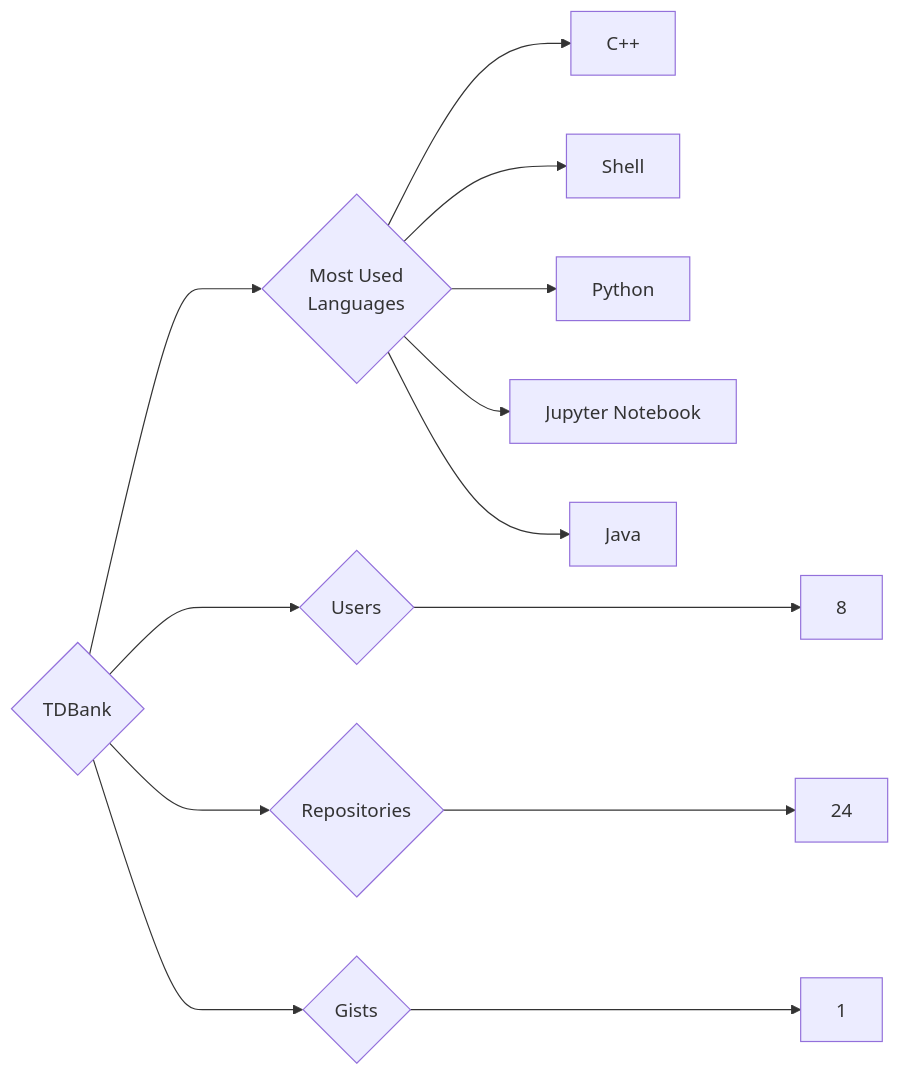
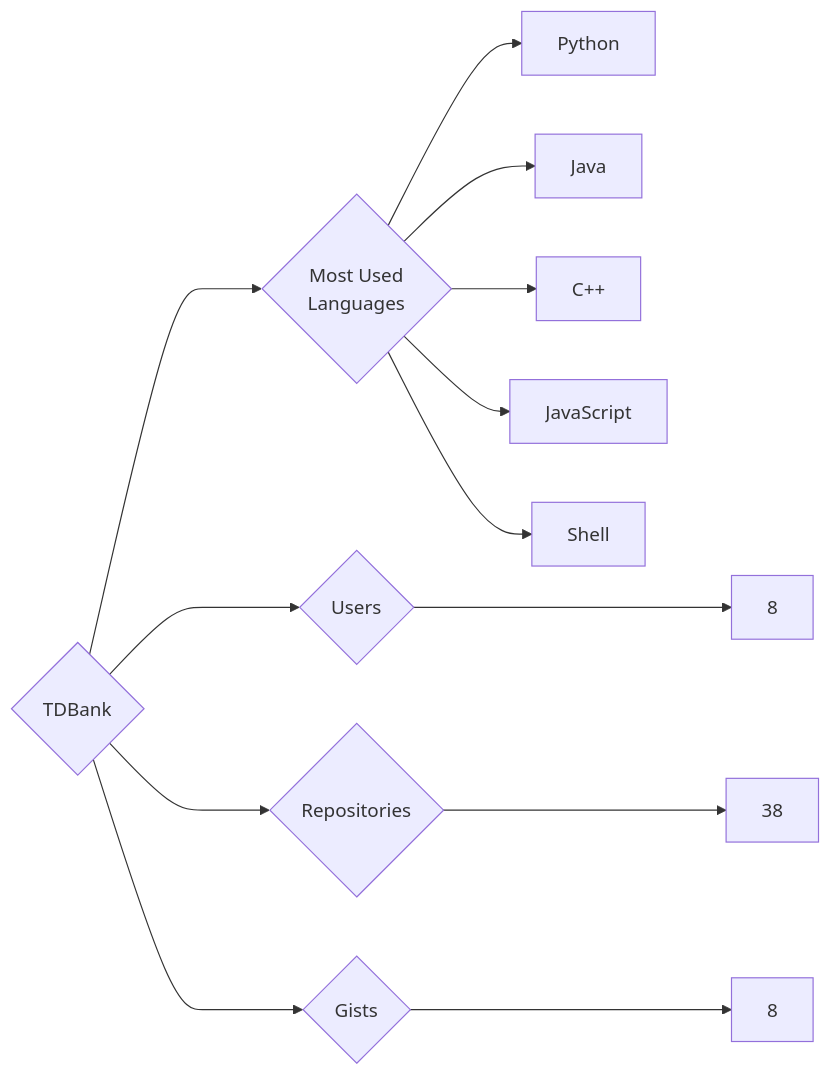
The diagram in targets/TDBank/README.md (trickest/insiders), drawn with Mermaid before and after one commit. The commit also changed 1479 other files, not shown here.

````diff
--- a/targets/TDBank/README.md
+++ b/targets/TDBank/README.md
@@ -3,13 +3,13 @@
 ```mermaid
 graph LR
 COMPANY_NAME{TDBank}
 COMPANY_NAME ---> U{Users} ---> UN[8]
-COMPANY_NAME ---> R{Repositories} ---> RN[24]
-COMPANY_NAME ---> G{Gists} ---> GN[1]
+COMPANY_NAME ---> R{Repositories} ---> RN[38]
+COMPANY_NAME ---> G{Gists} ---> GN[8]
 COMPANY_NAME ---> ML{Most Used<br>Languages}
+ML --> Python[Python]
+ML --> Java[Java]
 ML --> C++[C++]
+ML --> JavaScript[JavaScript]
 ML --> Shell[Shell]
-ML --> Python[Python]
-ML --> Jupyter_Notebook[Jupyter Notebook]
-ML --> Java[Java]
 ```
````
